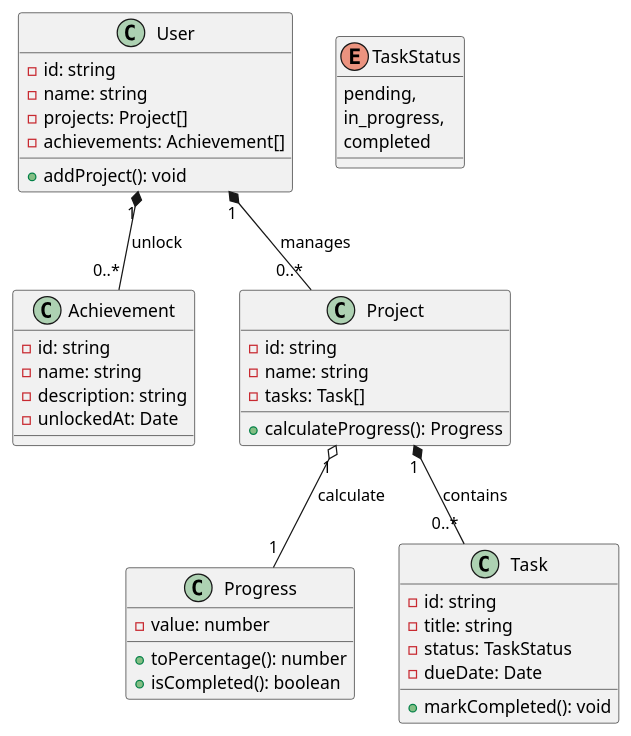
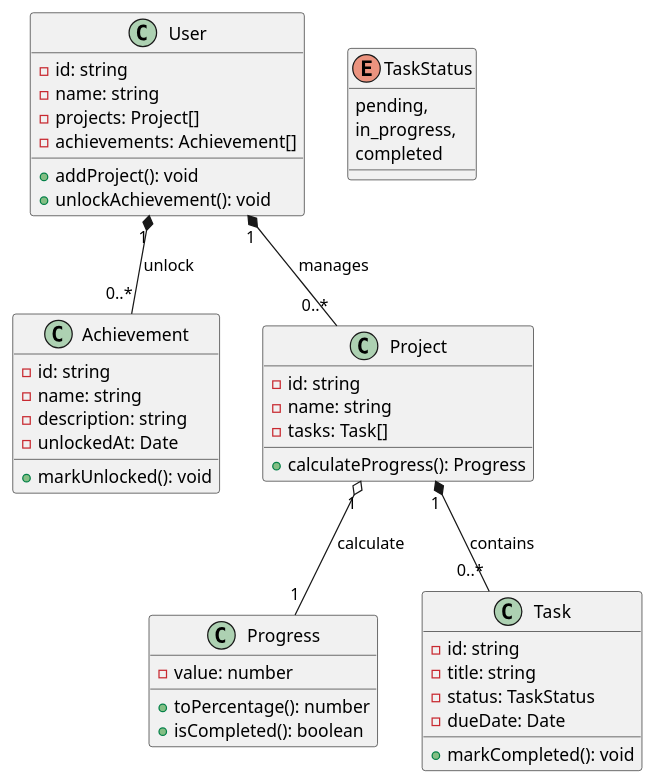
One commit to darellanodev/taskio changed the diagram in class-diagram.puml. Above: the diagram before and after it, drawn with PlantUML.

Commit message:
Add methods to User and Achievement classes (closes #9)

```diff
--- a/class-diagram.puml
+++ b/class-diagram.puml
@@ -1,50 +1,52 @@
 @startuml class-diagram
 
 class User {
   - id: string
   - name: string
   - projects: Project[]
   - achievements: Achievement[]
   + addProject(): void
+  + unlockAchievement(): void
 }
 
 class Achievement {
   - id: string
   - name: string
   - description: string
   - unlockedAt: Date
+  + markUnlocked(): void
 }
 
 class Project {
 - id: string
 - name: string
 - tasks: Task[]
 + calculateProgress(): Progress
 }
 
 class Progress {
   - value: number
   + toPercentage(): number
   + isCompleted(): boolean
 }
 
 enum TaskStatus {
 pending,
 in_progress,
 completed
 }
 
 class Task {
 - id: string
 - title: string
 - status: TaskStatus
 - dueDate: Date
 + markCompleted(): void
 }
 
 Project "1" *-- "0..*" Task: contains
 User "1" *-- "0..*" Project: manages
 User "1" *-- "0..*" Achievement: unlock
 Project "1" o-- "1" Progress: calculate
 
 @enduml
```
